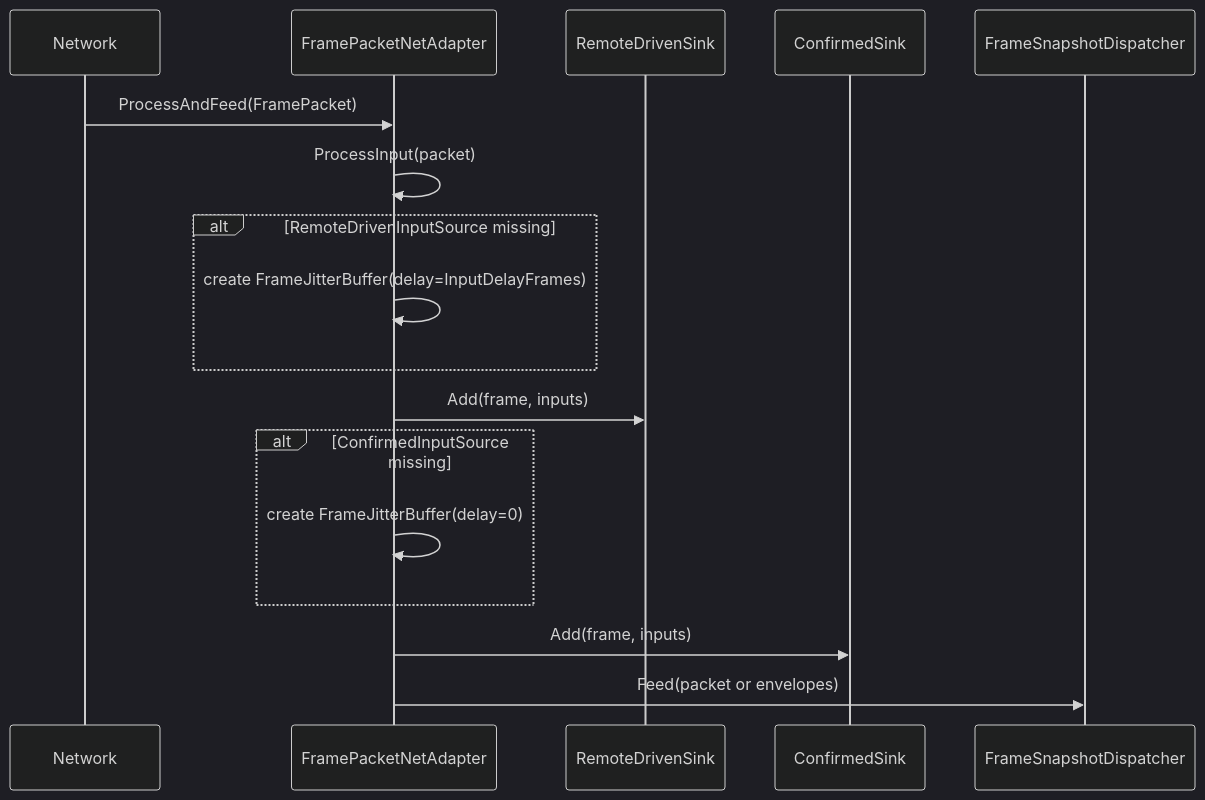
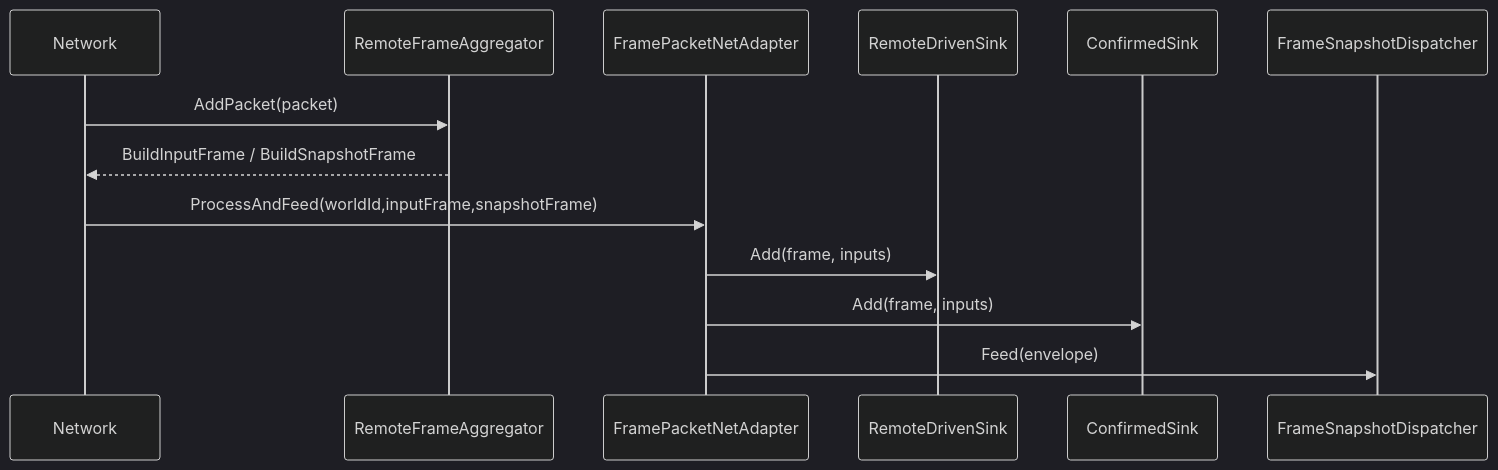
Diagram 11 of 14 in Docs/design/07-NetworkSynchronization/05-SessionCoordination.md (Kurumioi/AbilityKit), drawn with Mermaid (dark theme) before and after one commit. The commit also changed other lines of this file and 389 other files, not shown here.

````diff
--- a/Docs/design/07-NetworkSynchronization/05-SessionCoordination.md
+++ b/Docs/design/07-NetworkSynchronization/05-SessionCoordination.md
@@ -115,20 +554,16 @@
 ```mermaid
 sequenceDiagram
-    participant Net as Network
+    participant Network as Network
+    participant Aggregator as RemoteFrameAggregator
     participant Adapter as FramePacketNetAdapter
     participant Remote as RemoteDrivenSink
     participant Confirmed as ConfirmedSink
-    participant Snap as FrameSnapshotDispatcher
+    participant Snapshot as FrameSnapshotDispatcher
 
-    Net->>Adapter: ProcessAndFeed(FramePacket)
-    Adapter->>Adapter: ProcessInput(packet)
-    alt RemoteDrivenInputSource missing
-        Adapter->>Adapter: create FrameJitterBuffer(delay=InputDelayFrames)
-    end
+    Network->>Aggregator: AddPacket(packet)
+    Aggregator-->>Network: BuildInputFrame / BuildSnapshotFrame
+    Network->>Adapter: ProcessAndFeed(worldId,inputFrame,snapshotFrame)
     Adapter->>Remote: Add(frame, inputs)
-    alt ConfirmedInputSource missing
-        Adapter->>Adapter: create FrameJitterBuffer(delay=0)
-    end
     Adapter->>Confirmed: Add(frame, inputs)
-    Adapter->>Snap: Feed(packet or envelopes)
+    Adapter->>Snapshot: Feed(envelope)
 ```
````
